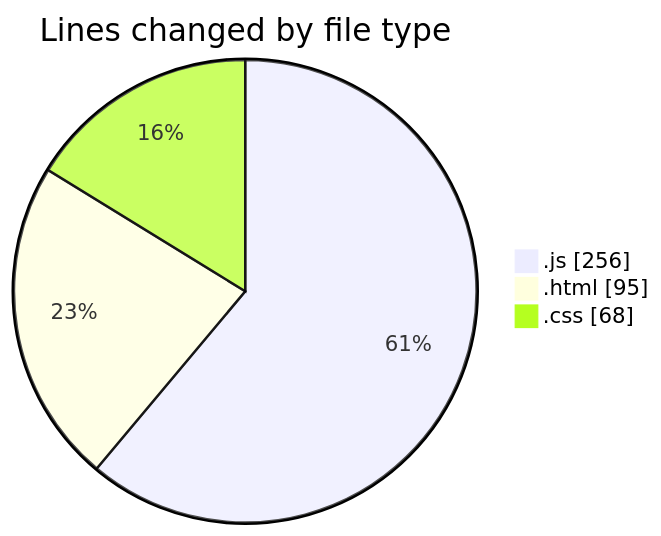
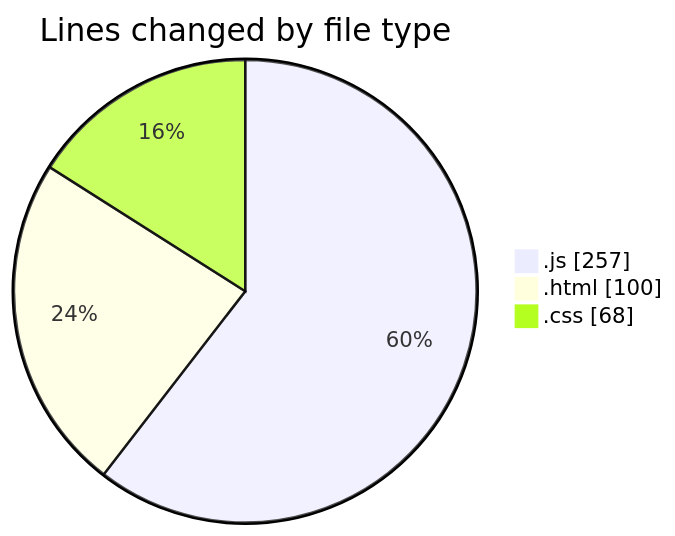
The first of 2 diagrams in 2025-01-24/projects/README.md (Ritupan-Deka/code-tracking), drawn with Mermaid before and after one commit. The commit also changed other lines of this file and 1 other file, not shown here.

````diff
--- a/2025-01-24/projects/README.md
+++ b/2025-01-24/projects/README.md
@@ -29,7 +29,7 @@
 ```mermaid
 pie showData
 title Lines changed by file type
-".js" : 256
-".html" : 95
+".js" : 257
+".html" : 100
 ".css" : 68
 ```
````
